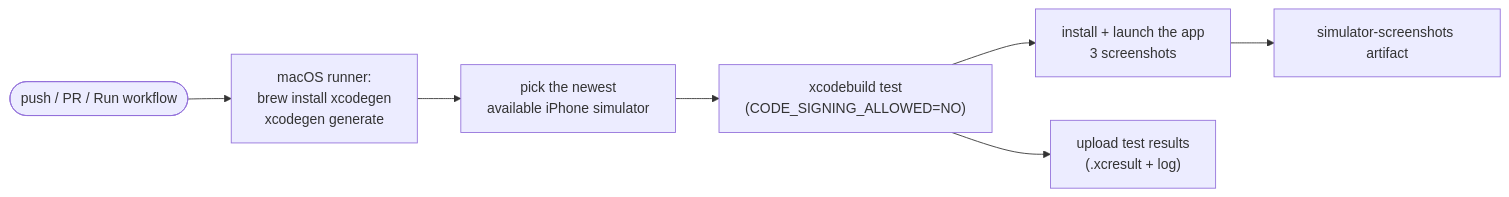
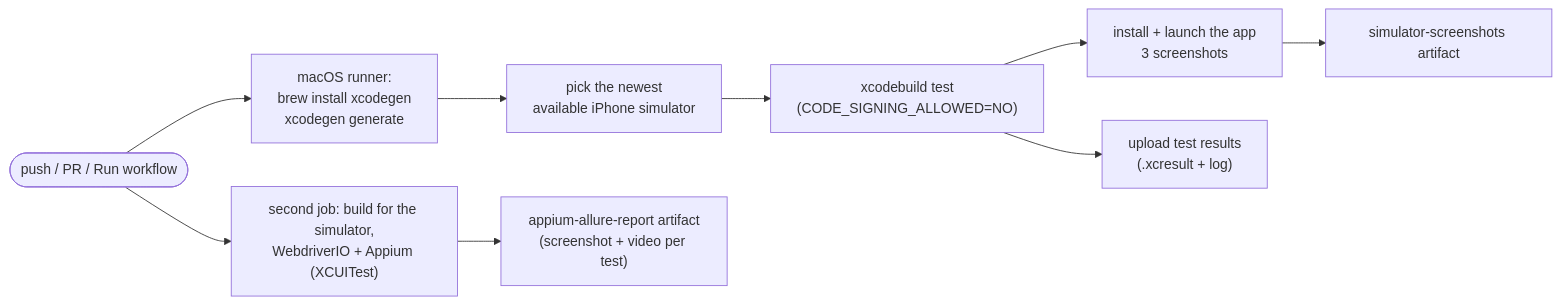
The fifth of 5 diagrams in ios/docs/architecture.md (dipak-nehe/stock-value-mobile), drawn with Mermaid before and after one commit. The commit also changed other lines of this file and 13 other files, not shown here.

````diff
--- a/ios/docs/architecture.md
+++ b/ios/docs/architecture.md
@@ -221,9 +221,11 @@
 ```mermaid
 flowchart LR
     push(["push / PR / Run workflow"]) --> gen["macOS runner:<br/>brew install xcodegen<br/>xcodegen generate"]
     gen --> sim["pick the newest<br/>available iPhone simulator"]
     sim --> test["xcodebuild test<br/>(CODE_SIGNING_ALLOWED=NO)"]
     test --> shots["install + launch the app<br/>3 screenshots"]
     test --> res["upload test results<br/>(.xcresult + log)"]
     shots --> art["simulator-screenshots artifact"]
+    push --> e2e["second job: build for the simulator,<br/>WebdriverIO + Appium (XCUITest)"]
+    e2e --> rep["appium-allure-report artifact<br/>(screenshot + video per test)"]
 ```
````
